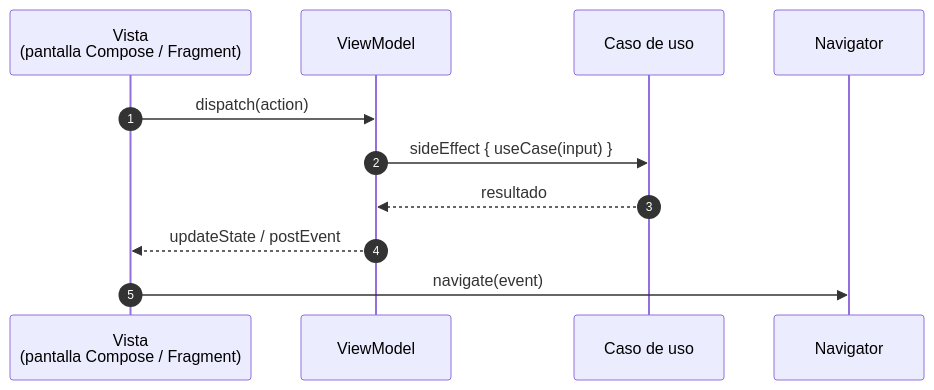
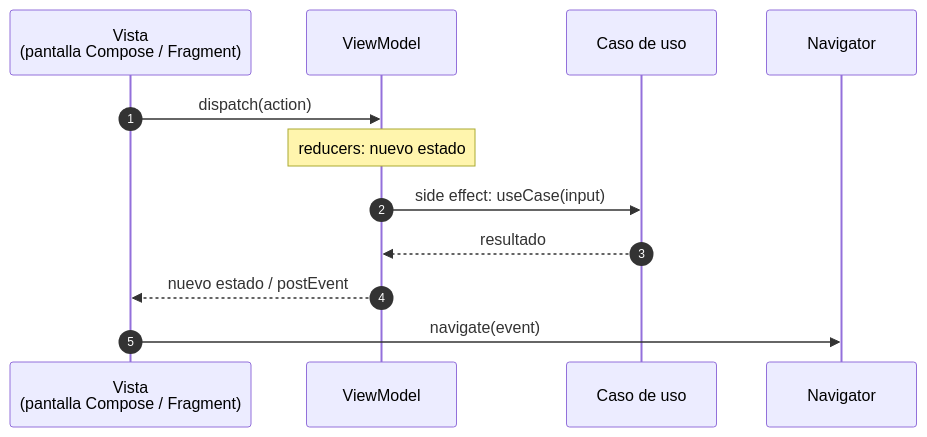
One commit to carmabs/Ema changed the first of 2 diagrams in docs/concepts/architecture.es.md. Above: the diagram before and after it, drawn with Mermaid. The commit also changed other lines of this file and 28 other files, not shown here.

````diff
--- a/docs/concepts/architecture.es.md
+++ b/docs/concepts/architecture.es.md
@@ -5,13 +5,14 @@
 ```mermaid
 sequenceDiagram
     autonumber
     participant V as Vista<br/>(pantalla Compose / Fragment)
     participant VM as ViewModel
     participant UC as Caso de uso
     participant N as Navigator
     V->>VM: dispatch(action)
-    VM->>UC: sideEffect { useCase(input) }
+    Note over VM: reducers: nuevo estado
+    VM->>UC: side effect: useCase(input)
     UC-->>VM: resultado
-    VM-->>V: updateState / postEvent
+    VM-->>V: nuevo estado / postEvent
     V->>N: navigate(event)
 ```
````
